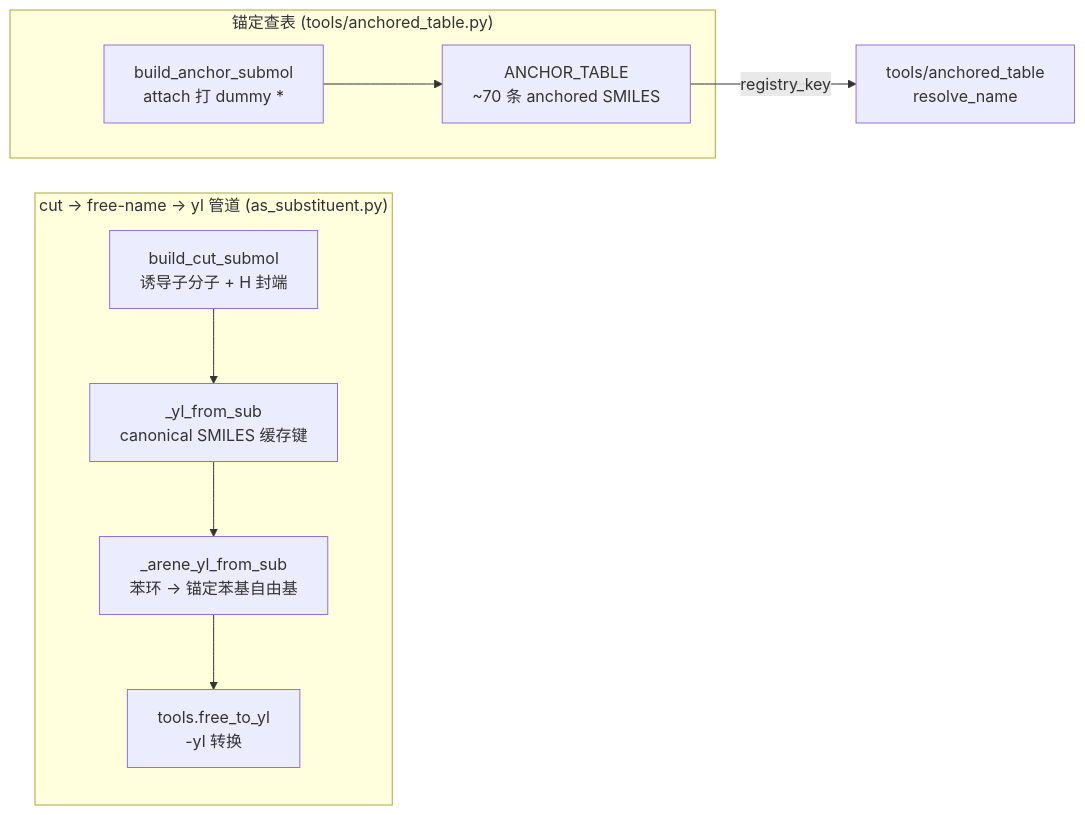
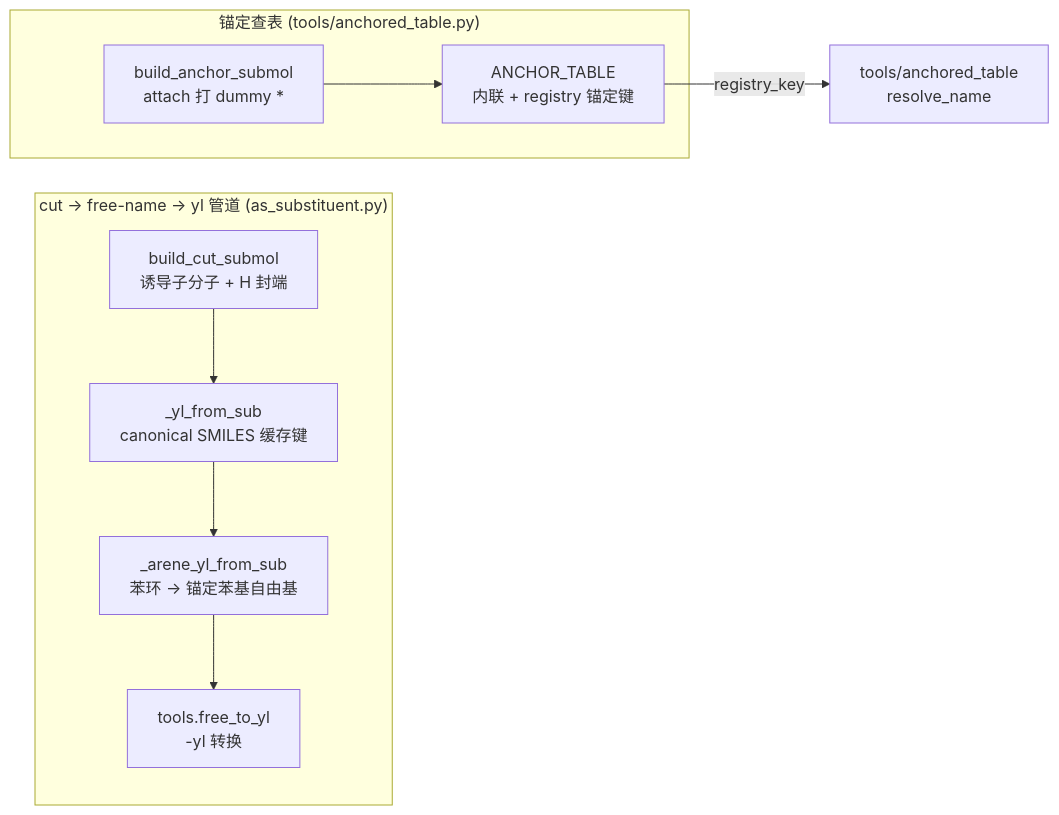
The second of 2 diagrams in docs/wiki/architecture/layer3-substituents.md (zouxiaofei1/OpenSMILES), drawn with Mermaid before and after one commit. The commit also changed other lines of this file and 18 other files, not shown here.

````diff
--- a/docs/wiki/architecture/layer3-substituents.md
+++ b/docs/wiki/architecture/layer3-substituents.md
@@ -180,20 +164,20 @@
 ```mermaid
 flowchart LR
     subgraph CUT["cut → free-name → yl 管道 (as_substituent.py)"]
         BC["build_cut_submol<br/>诱导子分子 + H 封端"]
         YL["_yl_from_sub<br/>canonical SMILES 缓存键"]
         ARENE["_arene_yl_from_sub<br/>苯环 → 锚定苯基自由基"]
         FY["tools.free_to_yl<br/>-yl 转换"]
     end
 
     subgraph ANCHOR["锚定查表 (tools/anchored_table.py)"]
         BA["build_anchor_submol<br/>attach 打 dummy *"]
-        AT["ANCHOR_TABLE<br/>~70 条 anchored SMILES"]
+        AT["ANCHOR_TABLE<br/>内联 + registry 锚定键"]
     end
 
     BC --> YL
     YL --> ARENE
     ARENE --> FY
     BA --> AT
     AT -->|"registry_key"| REG["tools/anchored_table<br/>resolve_name"]
 ```
````
